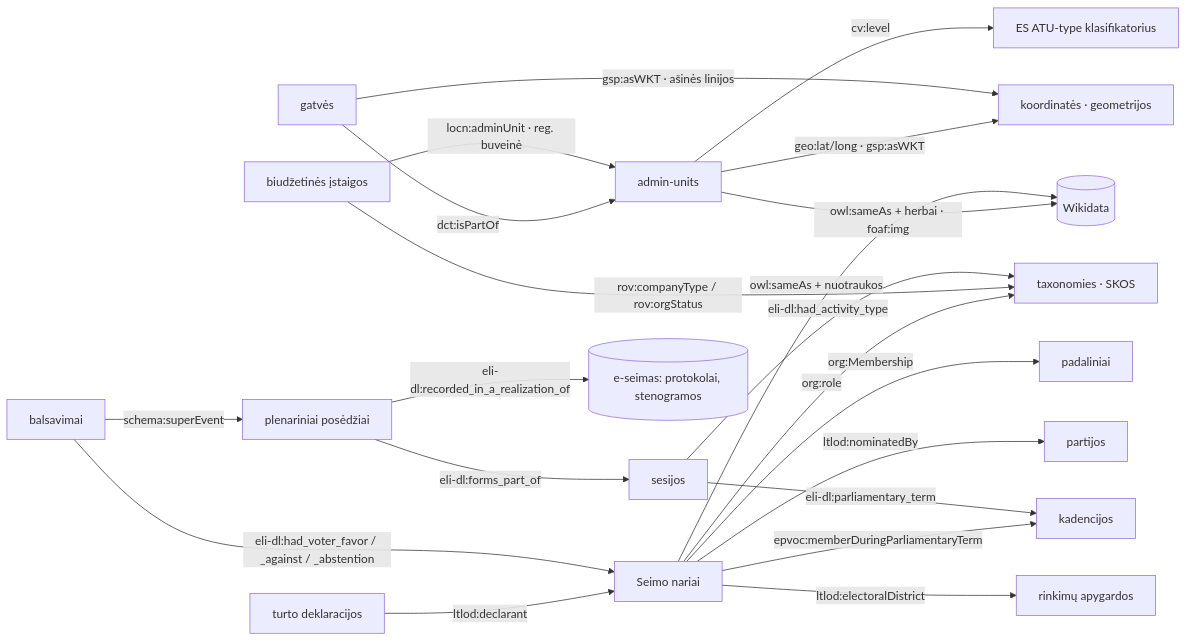
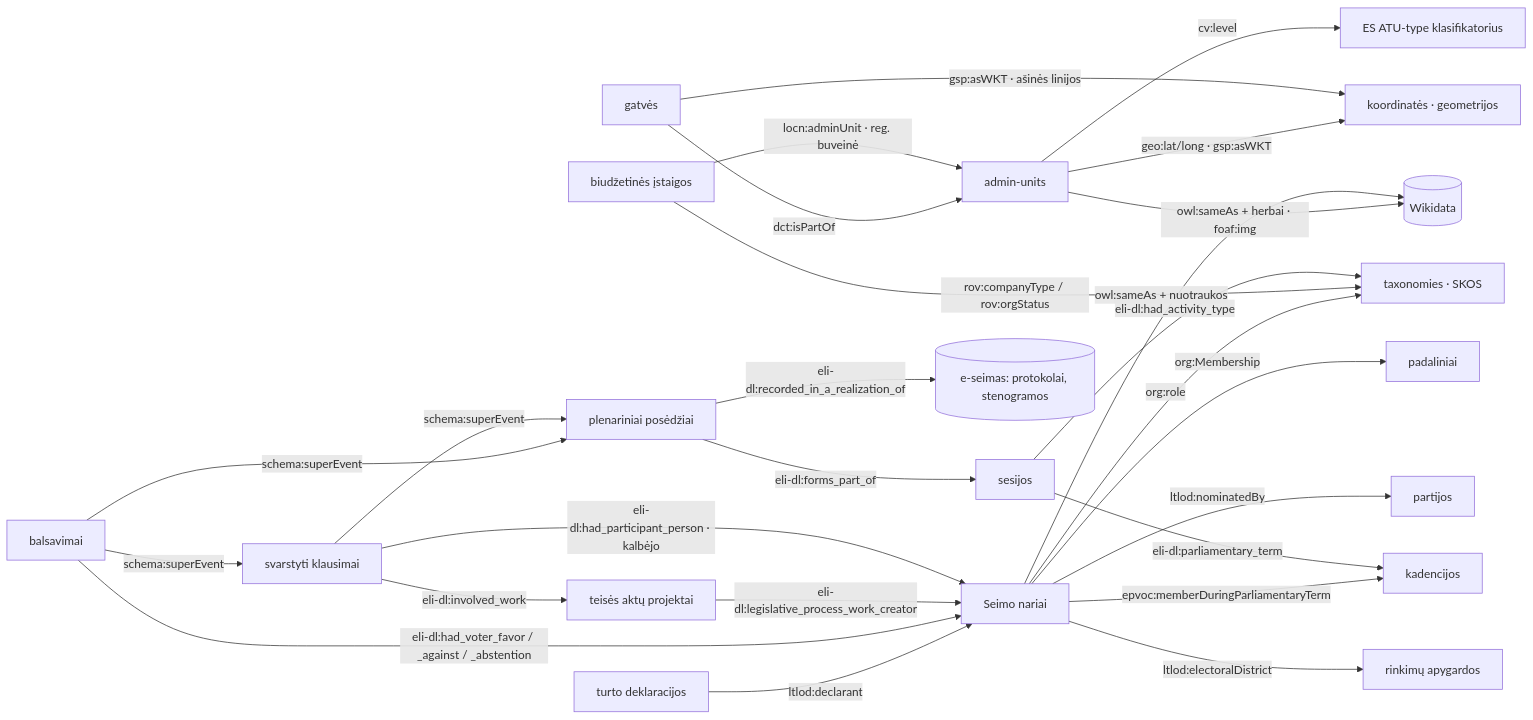
One commit to AtomGraph/LTLOD changed the second of 3 diagrams in README.md. Above: the diagram before and after it, drawn with Mermaid. The commit also changed other lines of this file and 22 other files, not shown here.

First line of the commit message:
Seimas bills, their initiators and plenary agenda items (ELI-DL)

````diff
--- a/README.md
+++ b/README.md
@@ -94,23 +94,28 @@
 ```mermaid
 graph LR
     streets[gatvės] -->|dct:isPartOf| admin[admin-units]
     legal[biudžetinės įstaigos] -->|locn:adminUnit · reg. buveinė| admin
     seimas[Seimo nariai] -->|org:Membership| units[padaliniai]
     seimas -->|ltlod:nominatedBy| parties[partijos]
     seimas -->|ltlod:electoralDistrict| districts[rinkimų apygardos]
     seimas -->|org:role| tax[taxonomies · SKOS]
     legal -->|rov:companyType / rov:orgStatus| tax
     admin -->|cv:level| atu[ES ATU-type klasifikatorius]
     admin -->|geo:lat/long · gsp:asWKT| geo[koordinatės · geometrijos]
     streets -->|gsp:asWKT · ašinės linijos| geo
     admin -->|owl:sameAs + herbai · foaf:img| wd[(Wikidata)]
     seimas -->|owl:sameAs + nuotraukos| wd
     seimas -->|epvoc:memberDuringParliamentaryTerm| terms[kadencijos]
     declarations[turto deklaracijos] -->|ltlod:declarant| seimas
     sittings[plenariniai posėdžiai] -->|eli-dl:forms_part_of| sessions[sesijos]
     sessions -->|eli-dl:parliamentary_term| terms
     sessions -->|eli-dl:had_activity_type| tax
     sittings -->|eli-dl:recorded_in_a_realization_of| eseimas[(e-seimas: protokolai, stenogramos)]
     votes[balsavimai] -->|schema:superEvent| sittings
     votes -->|eli-dl:had_voter_favor / _against / _abstention| seimas
+    items[svarstyti klausimai] -->|schema:superEvent| sittings
+    votes -->|schema:superEvent| items
+    items -->|eli-dl:involved_work| bills[teisės aktų projektai]
+    bills -->|eli-dl:legislative_process_work_creator| seimas
+    items -->|eli-dl:had_participant_person · kalbėjo| seimas
 ```
````
